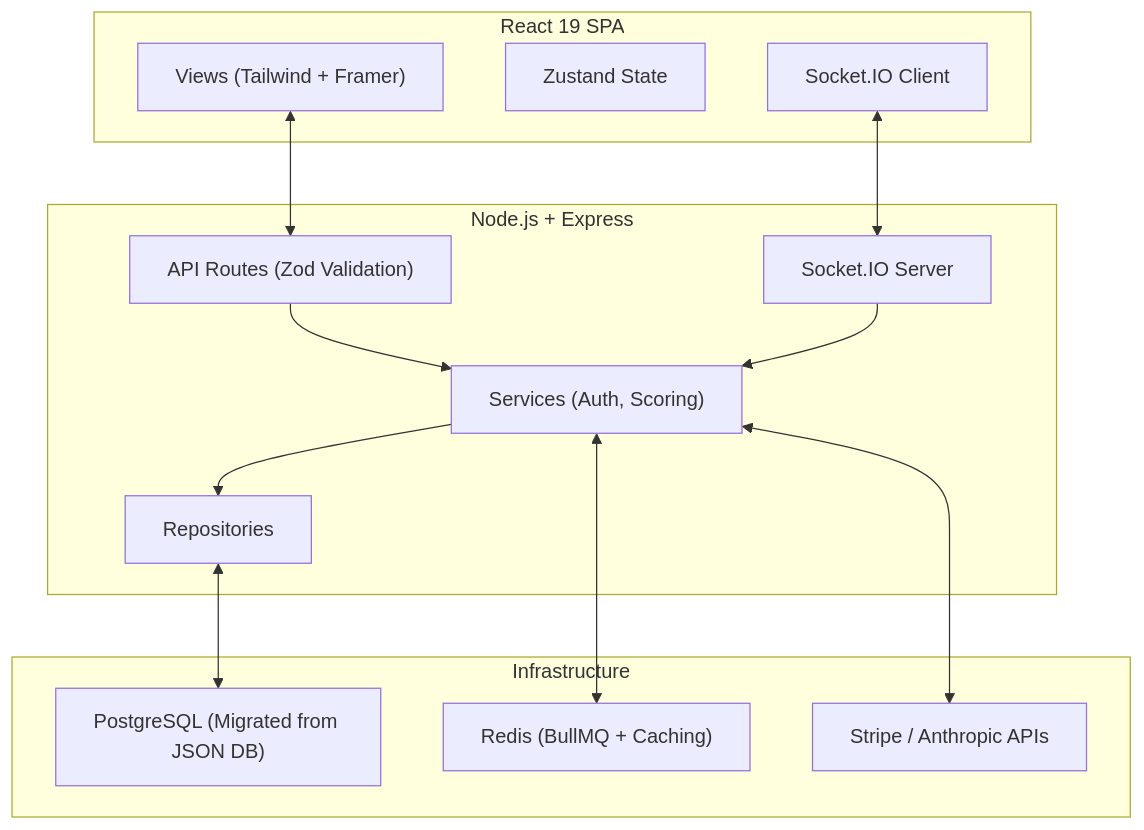
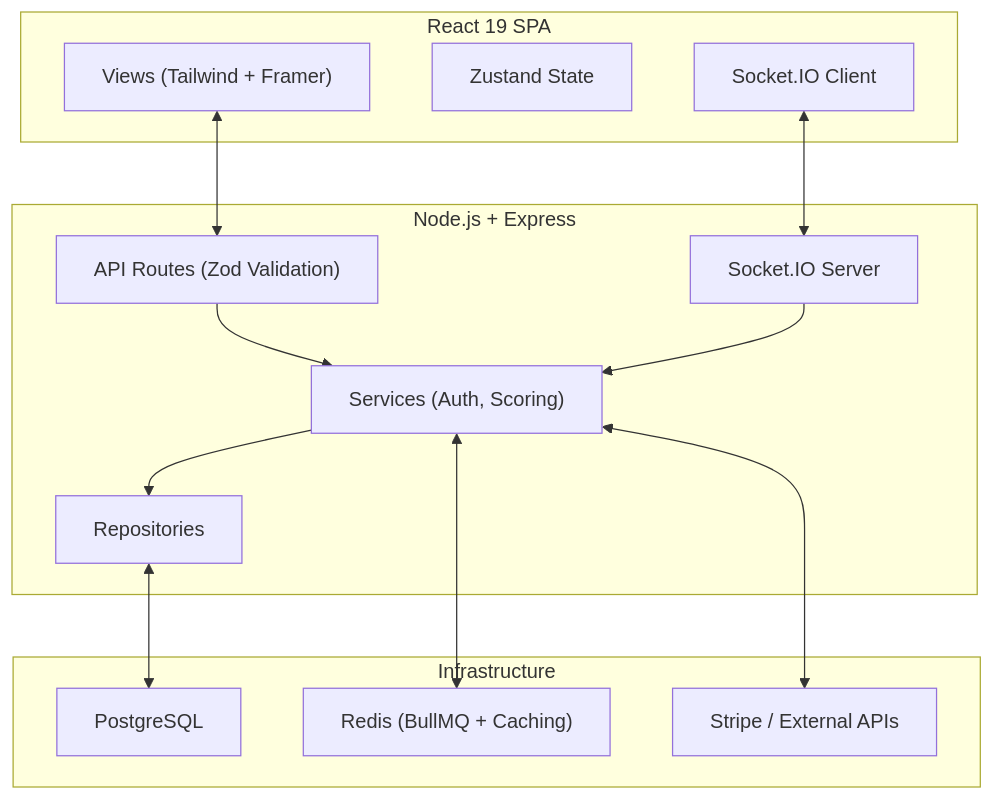
The diagram in README.md (themanoj-025/Match-Mind), drawn with Mermaid before and after one commit. The commit also changed other lines of this file and 2 other files, not shown here.

````diff
--- a/README.md
+++ b/README.md
@@ -64,30 +48,30 @@
 ```mermaid
 graph TB
     subgraph Frontend["React 19 SPA"]
         F1["Views (Tailwind + Framer)"]
         F2["Zustand State"]
         F3["Socket.IO Client"]
     end
 
     subgraph Backend["Node.js + Express"]
         B1["API Routes (Zod Validation)"]
         B2["Services (Auth, Scoring)"]
         B3["Repositories"]
         B4["Socket.IO Server"]
     end
 
     subgraph Infrastructure
-        I1["PostgreSQL (Migrated from JSON DB)"]
+        I1["PostgreSQL"]
         I2["Redis (BullMQ + Caching)"]
-        I3["Stripe / Anthropic APIs"]
+        I3["Stripe / External APIs"]
     end
 
     F1 <--> B1
     F3 <--> B4
     B1 --> B2
     B2 --> B3
     B4 --> B2
     B3 <--> I1
     B2 <--> I2
     B2 <--> I3
 ```
````
